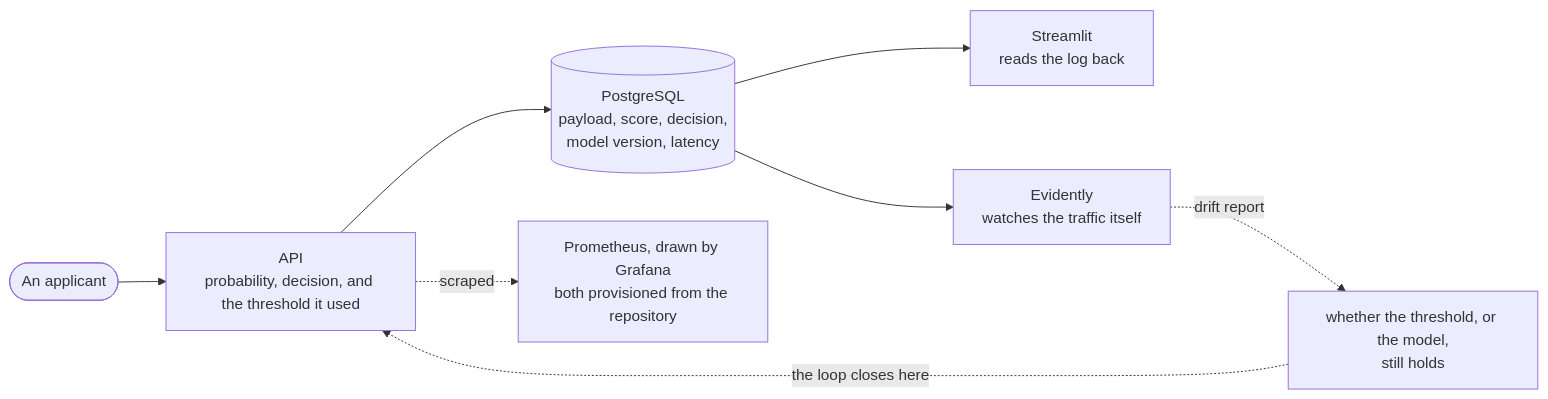
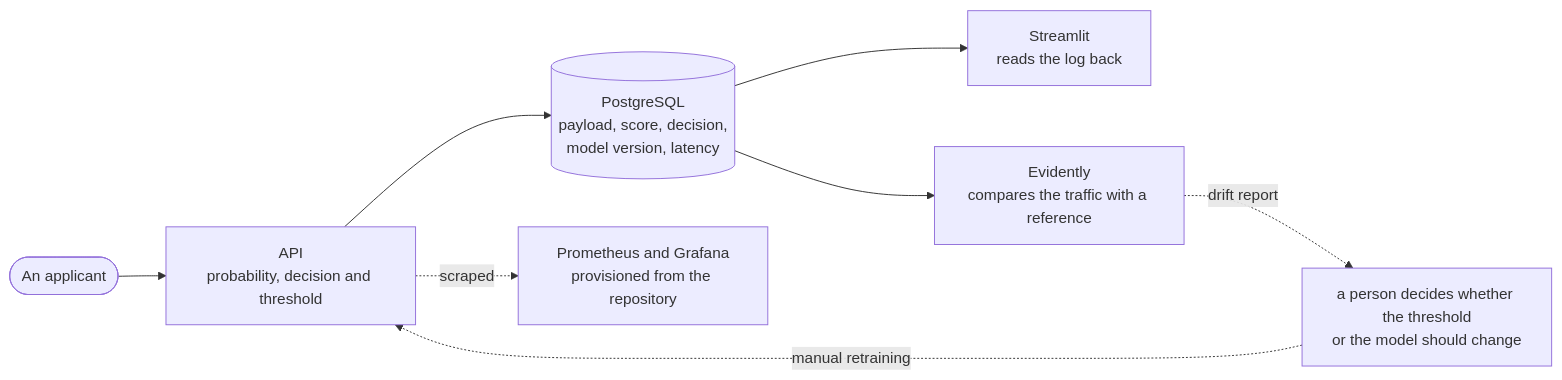
The diagram in README.md (BenoitJT-GIRARD/credit-scoring-mlops), drawn with Mermaid before and after one commit. The commit also changed other lines of this file and 11 other files, not shown here.

````diff
--- a/README.md
+++ b/README.md
@@ -68,10 +74,10 @@
 ```mermaid
 flowchart LR
-    REQ([An applicant]) --> API["API<br/>probability, decision, and the threshold it used"]
+    REQ([An applicant]) --> API["API<br/>probability, decision and threshold"]
     API --> LOG[("PostgreSQL<br/>payload, score, decision,<br/>model version, latency")]
-    API -. "scraped" .-> PROM["Prometheus, drawn by Grafana<br/>both provisioned from the repository"]
+    API -. "scraped" .-> PROM["Prometheus and Grafana<br/>provisioned from the repository"]
     LOG --> UI["Streamlit<br/>reads the log back"]
-    LOG --> EV["Evidently<br/>watches the traffic itself"]
-    EV -. "drift report" .-> BACK["whether the threshold, or the model,<br/>still holds"]
-    BACK -. "the loop closes here" .-> API
+    LOG --> EV["Evidently<br/>compares the traffic with a reference"]
+    EV -. "drift report" .-> BACK["a person decides whether the threshold<br/>or the model should change"]
+    BACK -. "manual retraining" .-> API
 ```
````
